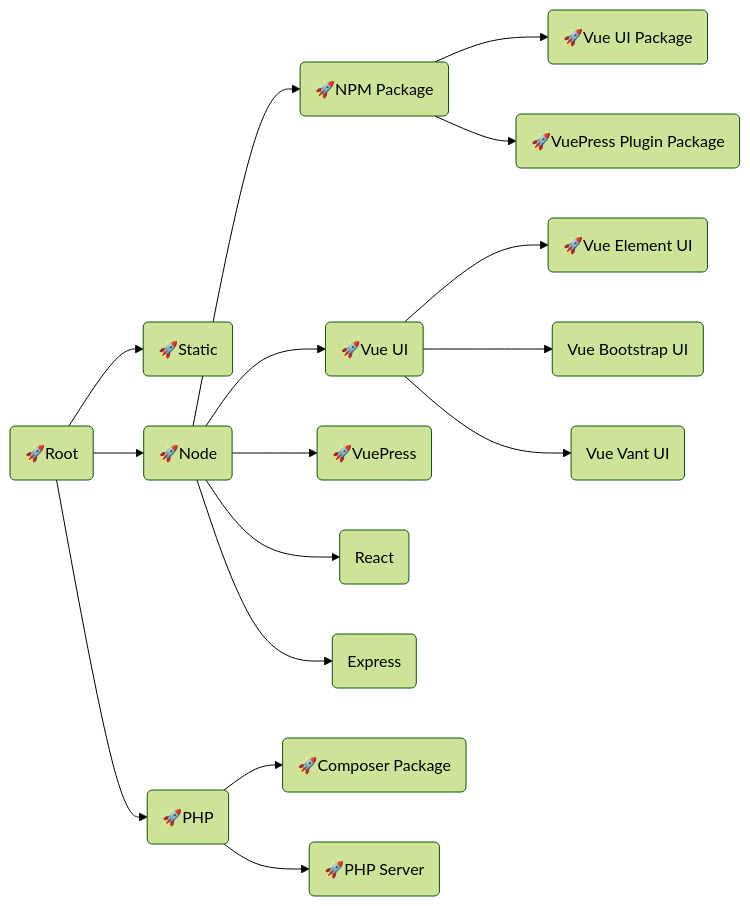
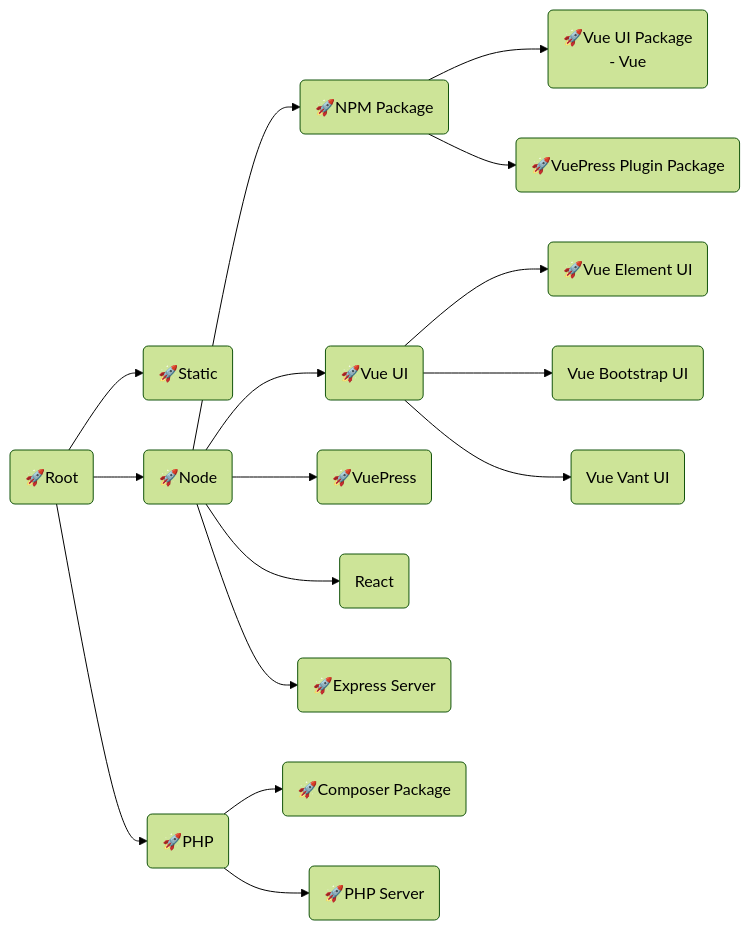
Before and after one commit to langnang-templates/.github: the diagram in profile/README.md, drawn with Mermaid (forest theme).

````diff
--- a/profile/README.md
+++ b/profile/README.md
@@ -1,34 +1,35 @@
 ```mermaid
 flowchart LR
 Root("🚀Root")
 	click Root "https://github.com/langnang-temp/root"
 
 Root-->Static("🚀Static")
 	click Static "https://github.com/langnang-temp/static"
 
 Root-->Node("🚀Node")
 	click Node "https://github.com/langnang-temp/node"
 	Node-->NPM_Package("🚀NPM Package")
 		click NPM_Package "https://github.com/langnang-temp/npm-package"
-		NPM_Package-->Vue_UI_Package("🚀Vue UI Package")
+		NPM_Package-->Vue_UI_Package("🚀Vue UI Package \n- Vue ")
 			click Vue_UI_Package "https://github.com/langnang-temp/vue-ui-package"
 		NPM_Package-->VuePress_Plugin_Package("🚀VuePress Plugin Package")
 			click VuePress_Plugin_Package "https://github.com/langnang-temp/vuepress-plugin-package"
 	Node-->Vue_UI("🚀Vue UI")
 		click Vue_UI "https://github.com/langnang-temp/vue-ui"
 		Vue_UI-->Vue_Element_UI("🚀Vue Element UI")
 			click Vue_Element_UI "https://github.com/langnang-temp/vue-element-ui"
 		Vue_UI-->Vue_Bootstrap_UI("Vue Bootstrap UI")
 		Vue_UI-->Vue_Vant_UI("Vue Vant UI")
 	Node-->VuePress("🚀VuePress")
 		click VuePress "https://github.com/langnang-temp/vuepress"
 	Node-->React(React)
-	Node-->Express(Express)
+	Node-->Express_Server("🚀Express Server")
+		click Express_Server "https://github.com/langnang-temp/express-server"
 
 Root-->PHP("🚀PHP")
 	click PHP "https://github.com/langnang-temp/php"
 	PHP-->Composer_Package("🚀Composer Package")
 	click Composer_Package "https://github.com/langnang-temp/composer-package"
 	PHP-->PHP_Server("🚀PHP Server")
 		click PHP_Server "https://github.com/langnang-temp/php-server"
 ```
````
